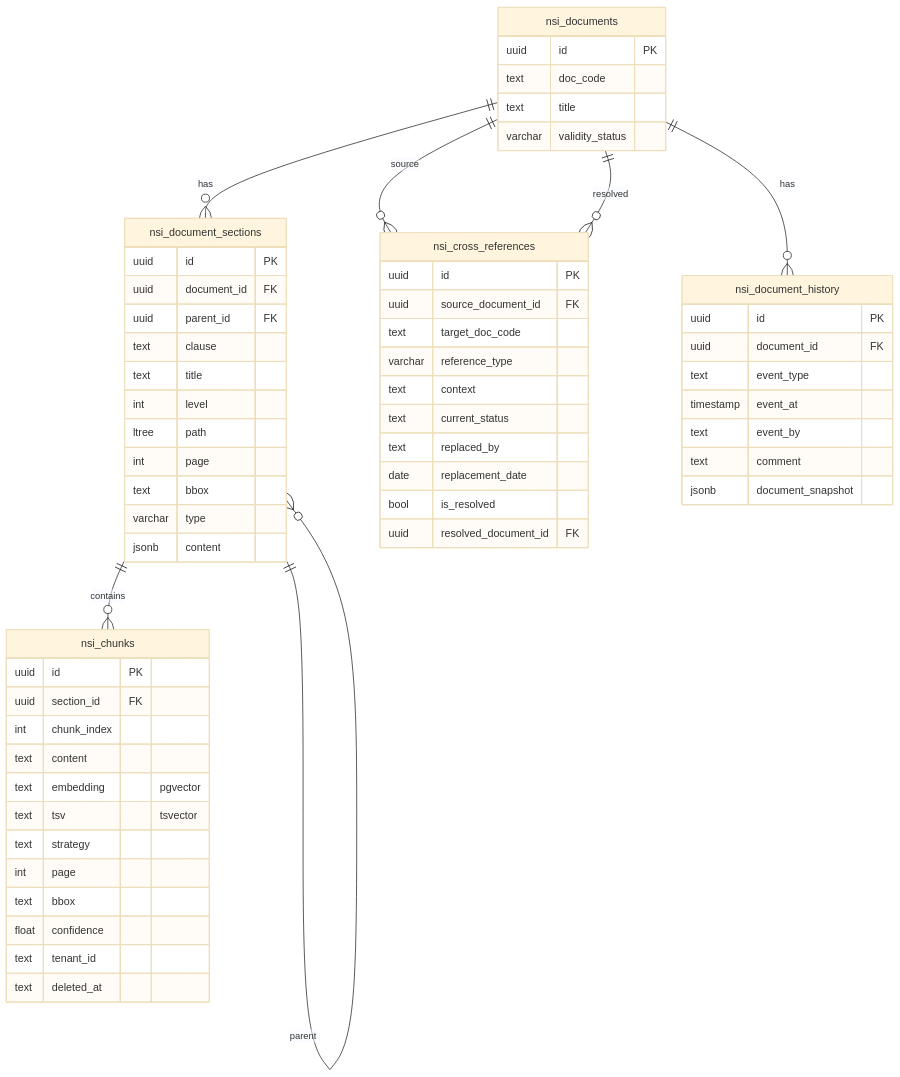
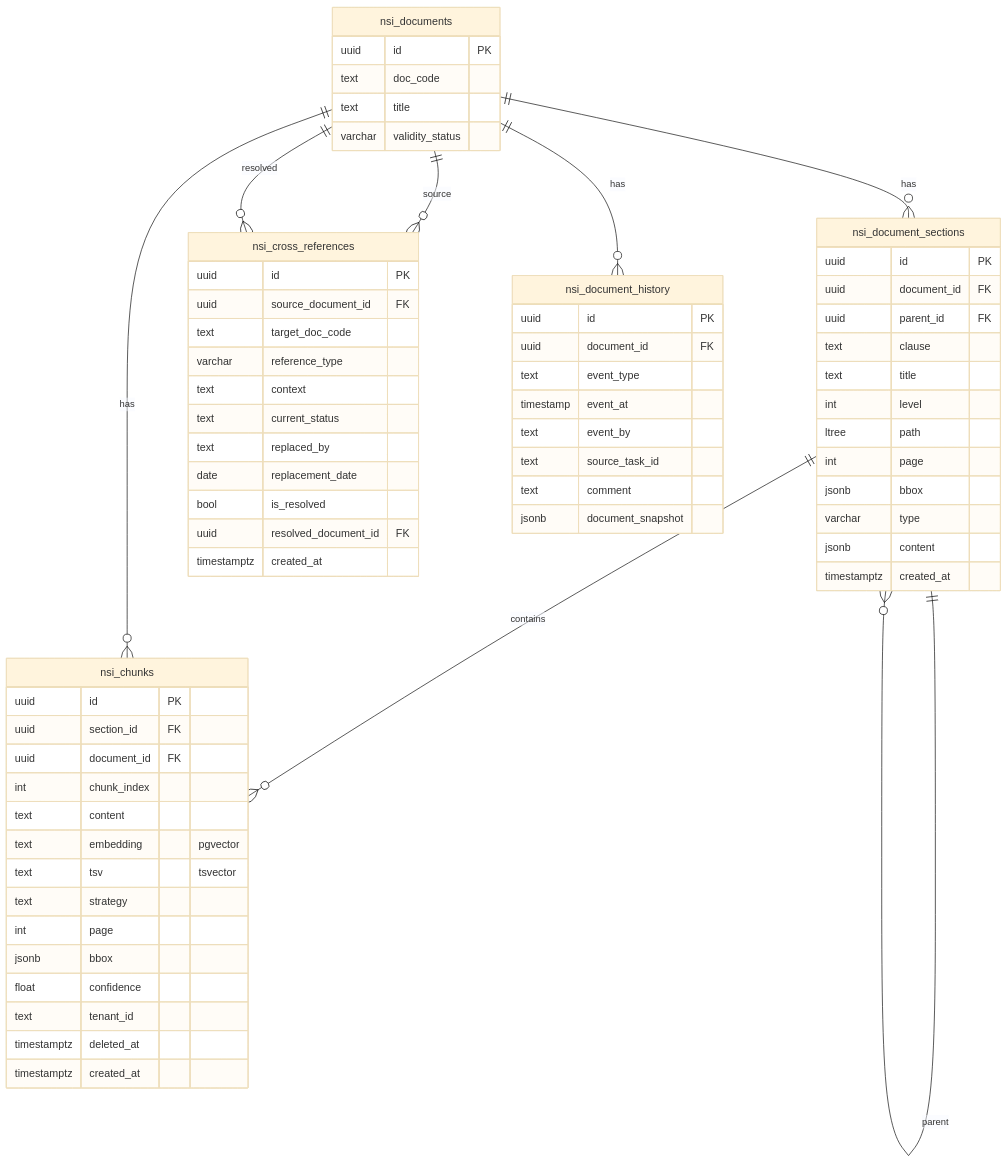
Before and after one commit to MasterKSAF/PKB: the diagram in docs/db_diagrams.md, drawn with Mermaid (base theme). The commit also changed other lines of this file and 8 other files, not shown here.

First line of the commit message:
docs: align API and DB schema with Validation-assigned document_id

````diff
--- a/docs/db_diagrams.md
+++ b/docs/db_diagrams.md
@@ -10,68 +9,74 @@
 ```mermaid
 erDiagram
     nsi_documents {
         uuid id PK
         text doc_code
         text title
         varchar validity_status
     }
 
     nsi_document_sections {
         uuid id PK
         uuid document_id FK
         uuid parent_id FK
         text clause
         text title
         int level
         ltree path
         int page
-        text bbox
+        jsonb bbox
         varchar type
         jsonb content
+        timestamptz created_at
     }
 
     nsi_chunks {
         uuid id PK
         uuid section_id FK
+        uuid document_id FK
         int chunk_index
         text content
         text embedding "pgvector"
         text tsv "tsvector"
         text strategy
         int page
-        text bbox
+        jsonb bbox
         float confidence
         text tenant_id
-        text deleted_at
+        timestamptz deleted_at
+        timestamptz created_at
     }
 
     nsi_cross_references {
         uuid id PK
         uuid source_document_id FK
         text target_doc_code
         varchar reference_type
         text context
         text current_status
         text replaced_by
         date replacement_date
         bool is_resolved
         uuid resolved_document_id FK
+        timestamptz created_at
     }
 
     nsi_document_history {
         uuid id PK
         uuid document_id FK
         text event_type
         timestamp event_at
         text event_by
+        text source_task_id
         text comment
         jsonb document_snapshot
     }
 
     nsi_documents ||--o{ nsi_document_sections : has
     nsi_document_sections ||--o{ nsi_document_sections : parent
     nsi_document_sections ||--o{ nsi_chunks : contains
     nsi_documents ||--o{ nsi_cross_references : source
     nsi_documents ||--o{ nsi_cross_references : resolved
+    nsi_documents ||--o{ nsi_chunks : has
     nsi_documents ||--o{ nsi_document_history : has
 ```
````
